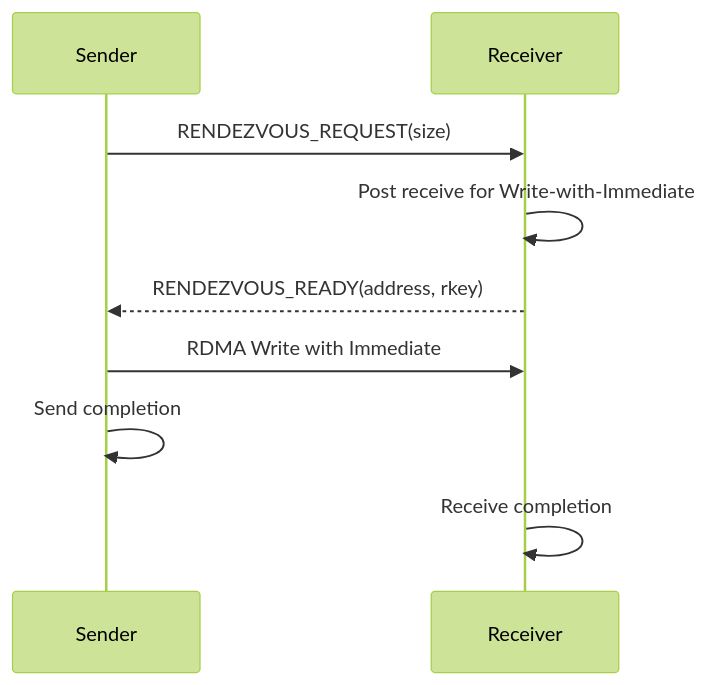
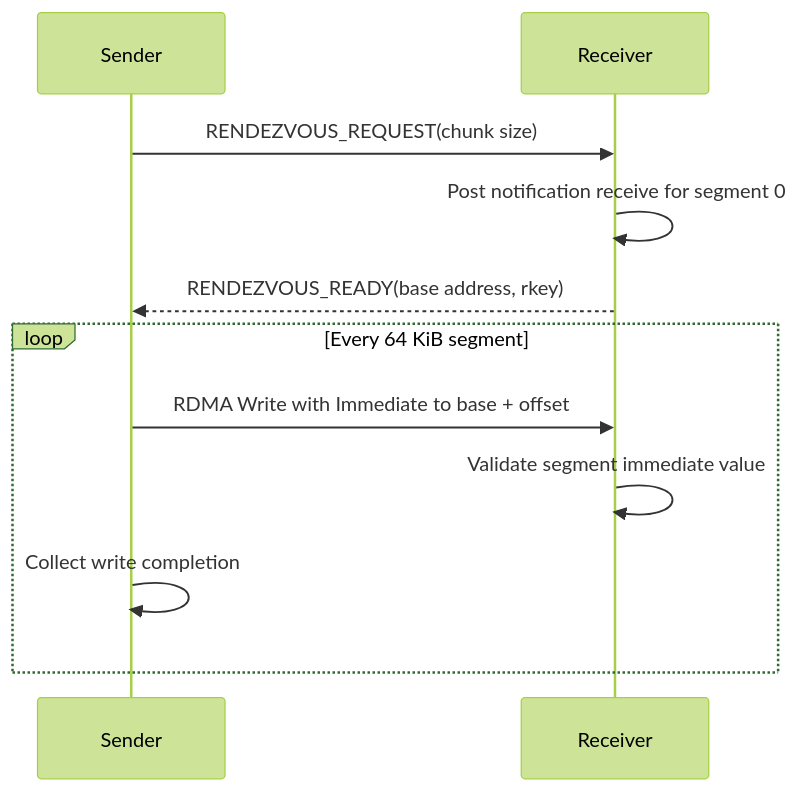
The third of 3 diagrams in README.md (shir49Inbar/CNEx3), drawn with Mermaid (forest theme) before and after one commit. The commit also changed other lines of this file and 3 other files, not shown here.

````diff
--- a/README.md
+++ b/README.md
@@ -71,12 +73,14 @@
 ```mermaid
 sequenceDiagram
     participant Sender
     participant Receiver
 
-    Sender->>Receiver: RENDEZVOUS_REQUEST(size)
-    Receiver->>Receiver: Post receive for Write-with-Immediate
-    Receiver-->>Sender: RENDEZVOUS_READY(address, rkey)
-    Sender->>Receiver: RDMA Write with Immediate
-    Sender->>Sender: Send completion
-    Receiver->>Receiver: Receive completion
+    Sender->>Receiver: RENDEZVOUS_REQUEST(chunk size)
+    Receiver->>Receiver: Post notification receive for segment 0
+    Receiver-->>Sender: RENDEZVOUS_READY(base address, rkey)
+    loop Every 64 KiB segment
+        Sender->>Receiver: RDMA Write with Immediate to base + offset
+        Receiver->>Receiver: Validate segment immediate value
+        Sender->>Sender: Collect write completion
+    end
 ```
````
